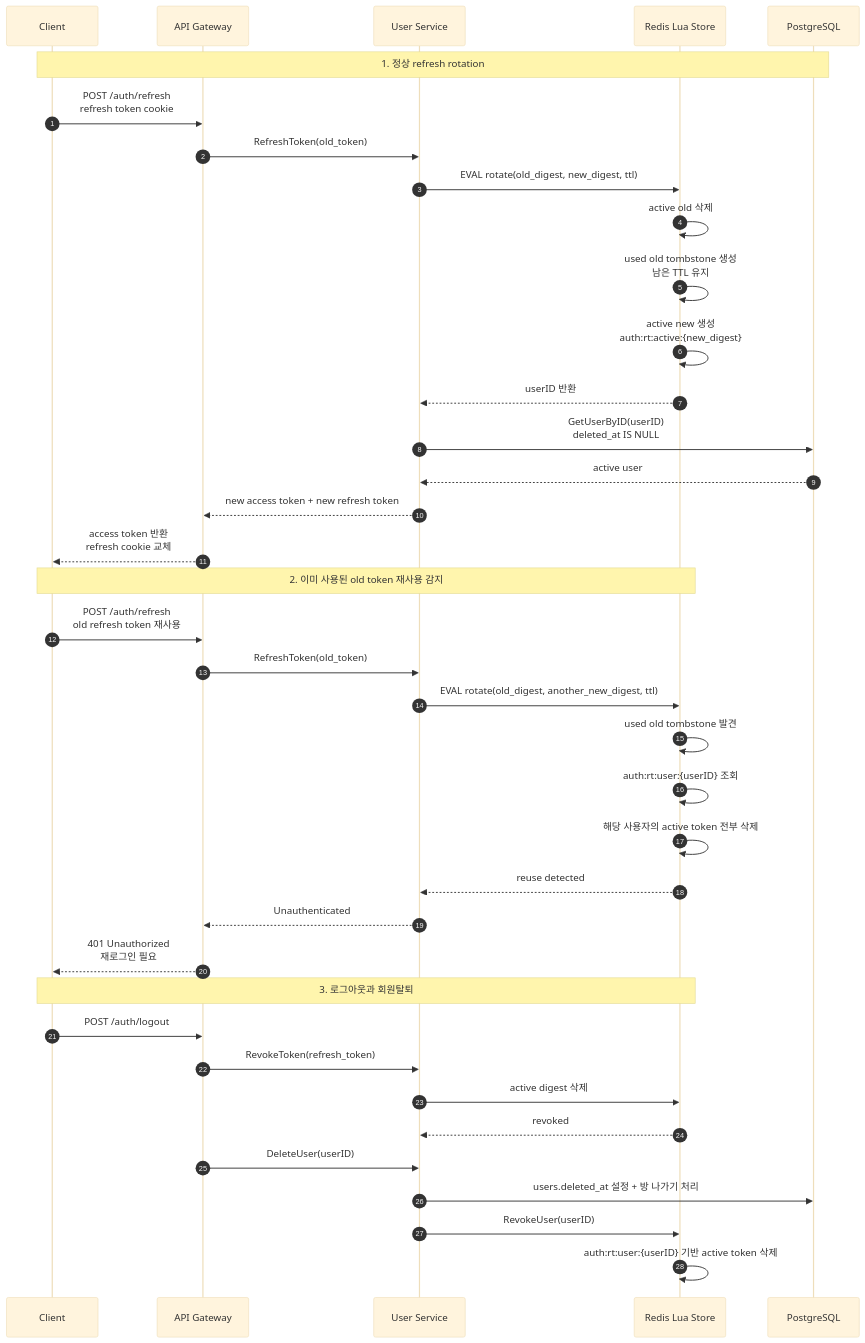
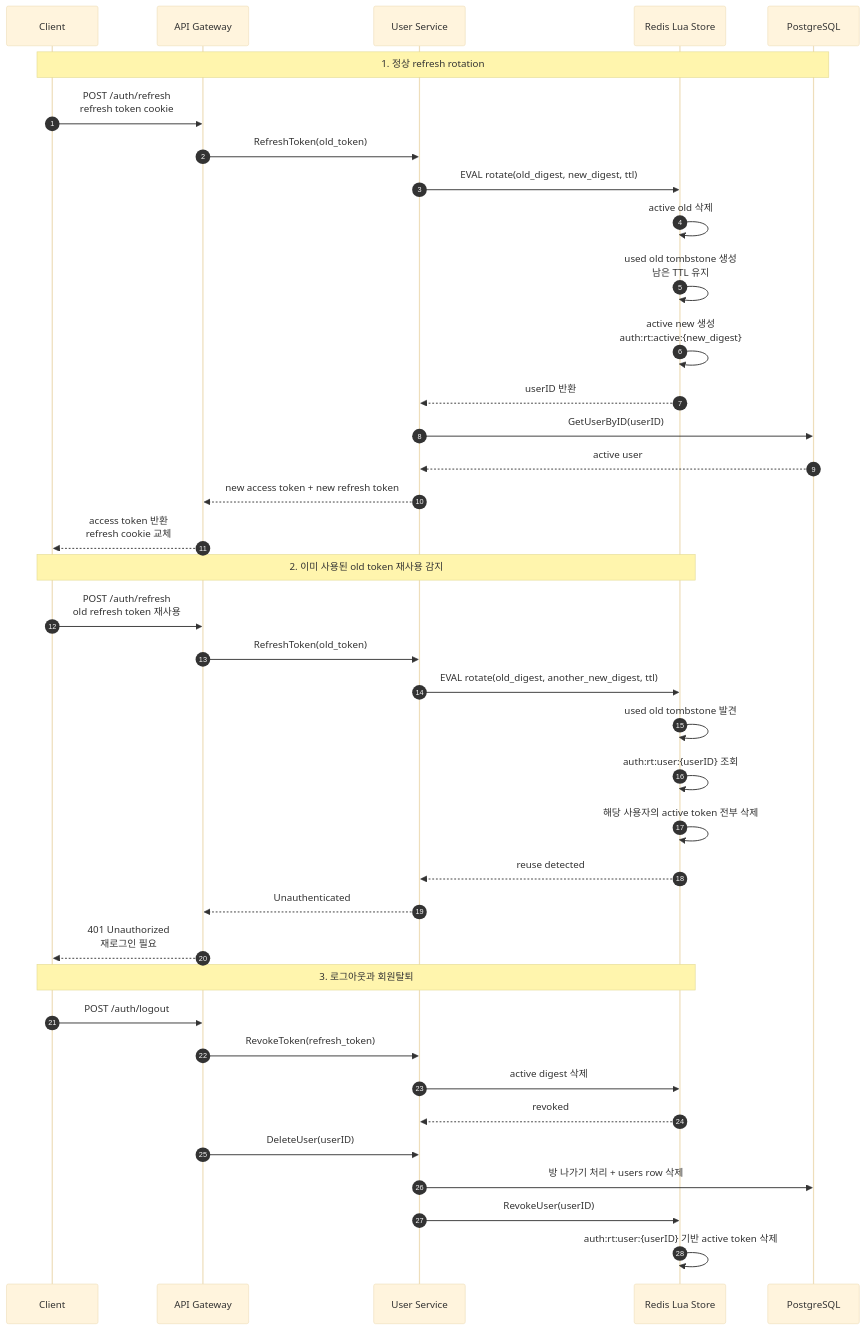
The diagram in docs/diagrams/seq-refresh-token-rotation.mmd (happyhun/go-chat-msa), drawn with Mermaid (base theme) before and after one commit. The commit also changed 9 other files, not shown here.

```diff
--- a/docs/diagrams/seq-refresh-token-rotation.mmd
+++ b/docs/diagrams/seq-refresh-token-rotation.mmd
@@ -1,43 +1,43 @@
 sequenceDiagram
     autonumber
 
     participant Client as Client
     participant AGW as API Gateway
     participant UserSvc as User Service
     participant Redis as Redis Lua Store
     participant DB as PostgreSQL
 
     Note over Client, DB: 1. 정상 refresh rotation
     Client->>AGW: POST /auth/refresh<br/>refresh token cookie
     AGW->>UserSvc: RefreshToken(old_token)
     UserSvc->>Redis: EVAL rotate(old_digest, new_digest, ttl)
     Redis->>Redis: active old 삭제
     Redis->>Redis: used old tombstone 생성<br/>남은 TTL 유지
     Redis->>Redis: active new 생성<br/>auth:rt:active:{new_digest}
     Redis-->>UserSvc: userID 반환
-    UserSvc->>DB: GetUserByID(userID)<br/>deleted_at IS NULL
+    UserSvc->>DB: GetUserByID(userID)
     DB-->>UserSvc: active user
     UserSvc-->>AGW: new access token + new refresh token
     AGW-->>Client: access token 반환<br/>refresh cookie 교체
 
     Note over Client, Redis: 2. 이미 사용된 old token 재사용 감지
     Client->>AGW: POST /auth/refresh<br/>old refresh token 재사용
     AGW->>UserSvc: RefreshToken(old_token)
     UserSvc->>Redis: EVAL rotate(old_digest, another_new_digest, ttl)
     Redis->>Redis: used old tombstone 발견
     Redis->>Redis: auth:rt:user:{userID} 조회
     Redis->>Redis: 해당 사용자의 active token 전부 삭제
     Redis-->>UserSvc: reuse detected
     UserSvc-->>AGW: Unauthenticated
     AGW-->>Client: 401 Unauthorized<br/>재로그인 필요
 
     Note over Client, Redis: 3. 로그아웃과 회원탈퇴
     Client->>AGW: POST /auth/logout
     AGW->>UserSvc: RevokeToken(refresh_token)
     UserSvc->>Redis: active digest 삭제
     Redis-->>UserSvc: revoked
 
     AGW->>UserSvc: DeleteUser(userID)
-    UserSvc->>DB: users.deleted_at 설정 + 방 나가기 처리
+    UserSvc->>DB: 방 나가기 처리 + users row 삭제
     UserSvc->>Redis: RevokeUser(userID)
     Redis->>Redis: auth:rt:user:{userID} 기반 active token 삭제
```
